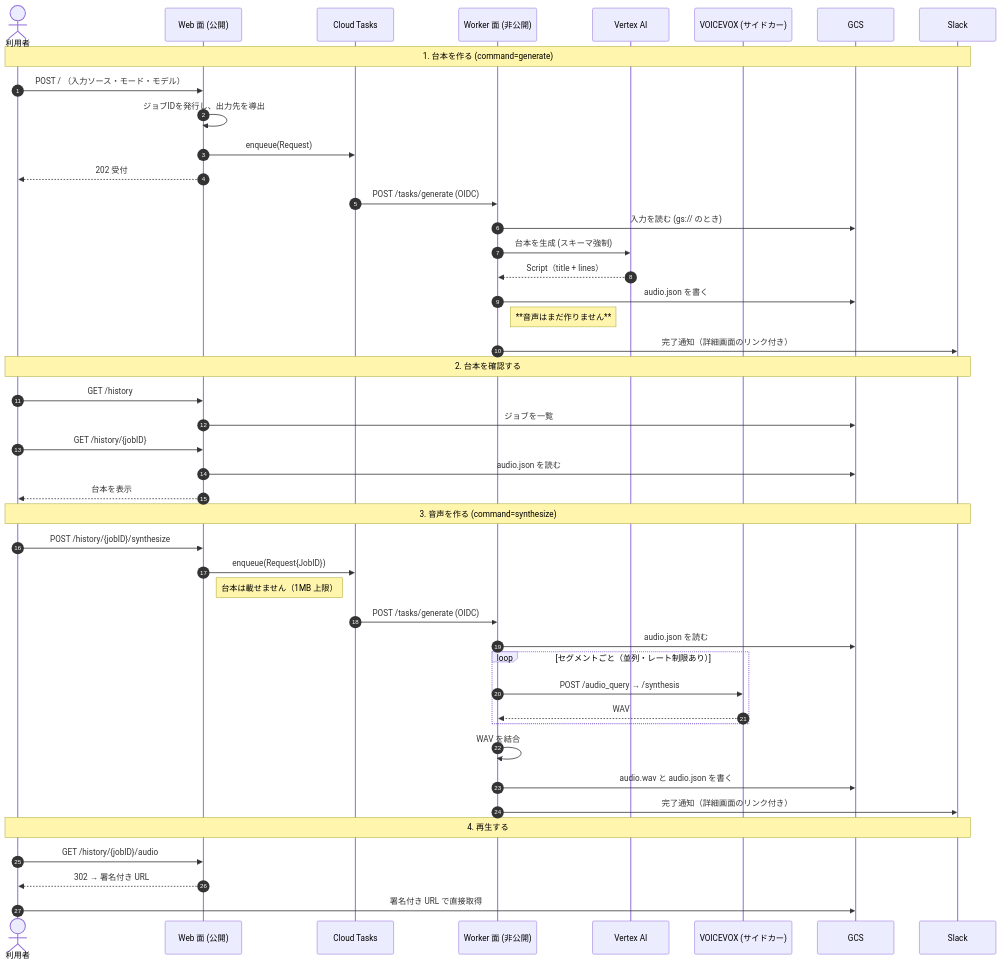
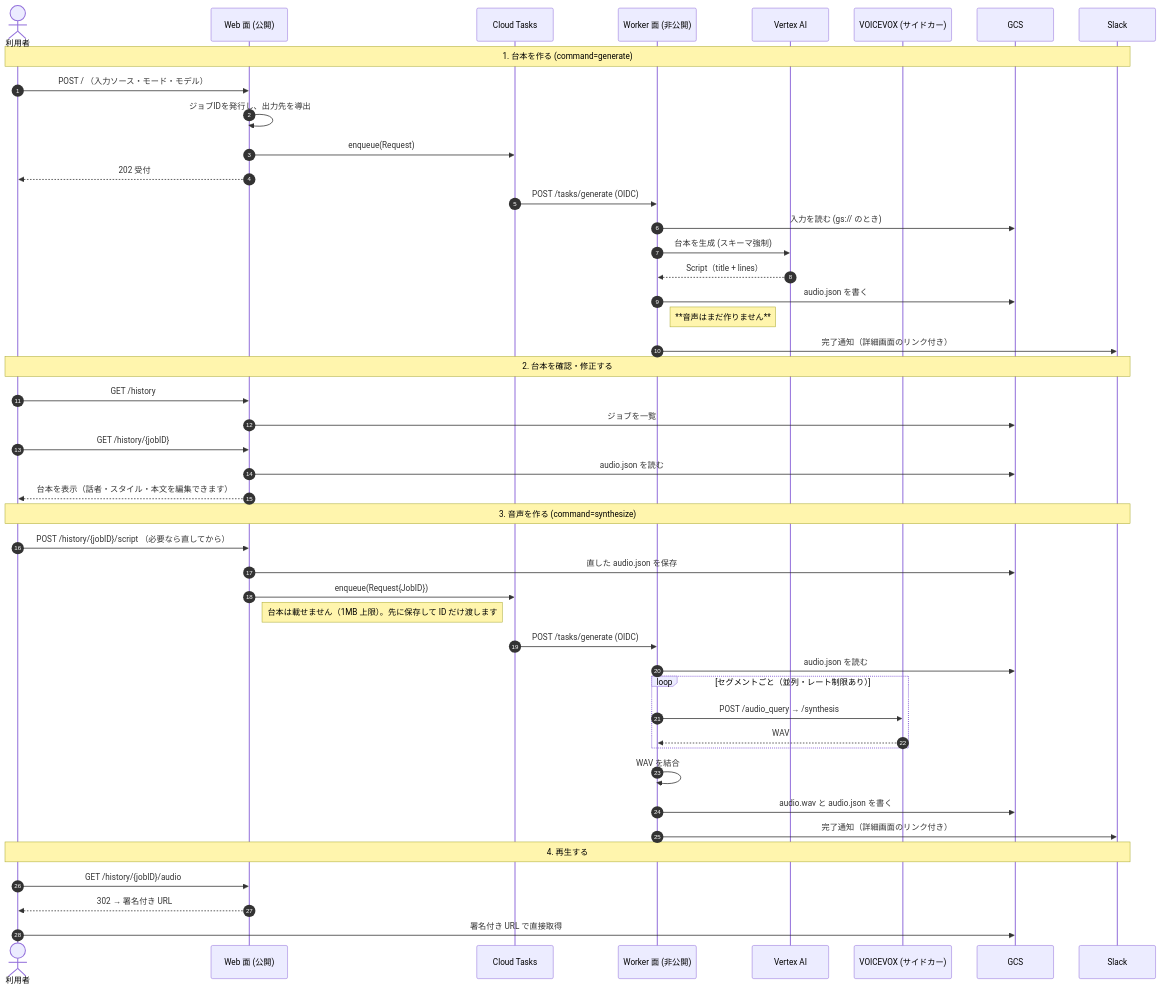
One commit to shouni/ap-voice changed the diagram in README.md. Above: the diagram before and after it, drawn with Mermaid. The commit also changed other lines of this file and 11 other files, not shown here.

````diff
--- a/README.md
+++ b/README.md
@@ -149,51 +149,52 @@
 ```mermaid
 sequenceDiagram
     autonumber
     actor User as 利用者
     participant Web as Web 面 (公開)
     participant Tasks as Cloud Tasks
     participant Worker as Worker 面 (非公開)
     participant Gemini as Vertex AI
     participant Engine as VOICEVOX (サイドカー)
     participant Store as GCS
     participant Slack as Slack
 
     Note over User, Slack: 1. 台本を作る (command=generate)
     User->>Web: POST / （入力ソース・モード・モデル）
     Web->>Web: ジョブIDを発行し、出力先を導出
     Web->>Tasks: enqueue(Request)
     Web-->>User: 202 受付
     Tasks->>Worker: POST /tasks/generate (OIDC)
     Worker->>Store: 入力を読む (gs:// のとき)
     Worker->>Gemini: 台本を生成 (スキーマ強制)
     Gemini-->>Worker: Script（title + lines）
     Worker->>Store: audio.json を書く
     Note right of Worker: **音声はまだ作りません**
     Worker->>Slack: 完了通知（詳細画面のリンク付き）
 
-    Note over User, Slack: 2. 台本を確認する
+    Note over User, Slack: 2. 台本を確認・修正する
     User->>Web: GET /history
     Web->>Store: ジョブを一覧
     User->>Web: GET /history/{jobID}
     Web->>Store: audio.json を読む
-    Web-->>User: 台本を表示
+    Web-->>User: 台本を表示（話者・スタイル・本文を編集できます）
 
     Note over User, Slack: 3. 音声を作る (command=synthesize)
-    User->>Web: POST /history/{jobID}/synthesize
+    User->>Web: POST /history/{jobID}/script （必要なら直してから）
+    Web->>Store: 直した audio.json を保存
     Web->>Tasks: enqueue(Request{JobID})
-    Note right of Web: 台本は載せません（1MB 上限）
+    Note right of Web: 台本は載せません（1MB 上限）。先に保存して ID だけ渡します
     Tasks->>Worker: POST /tasks/generate (OIDC)
     Worker->>Store: audio.json を読む
     loop セグメントごと（並列・レート制限あり）
         Worker->>Engine: POST /audio_query → /synthesis
         Engine-->>Worker: WAV
     end
     Worker->>Worker: WAV を結合
     Worker->>Store: audio.wav と audio.json を書く
     Worker->>Slack: 完了通知（詳細画面のリンク付き）
 
     Note over User, Slack: 4. 再生する
     User->>Web: GET /history/{jobID}/audio
     Web-->>User: 302 → 署名付き URL
     User->>Store: 署名付き URL で直接取得
 ```
````
